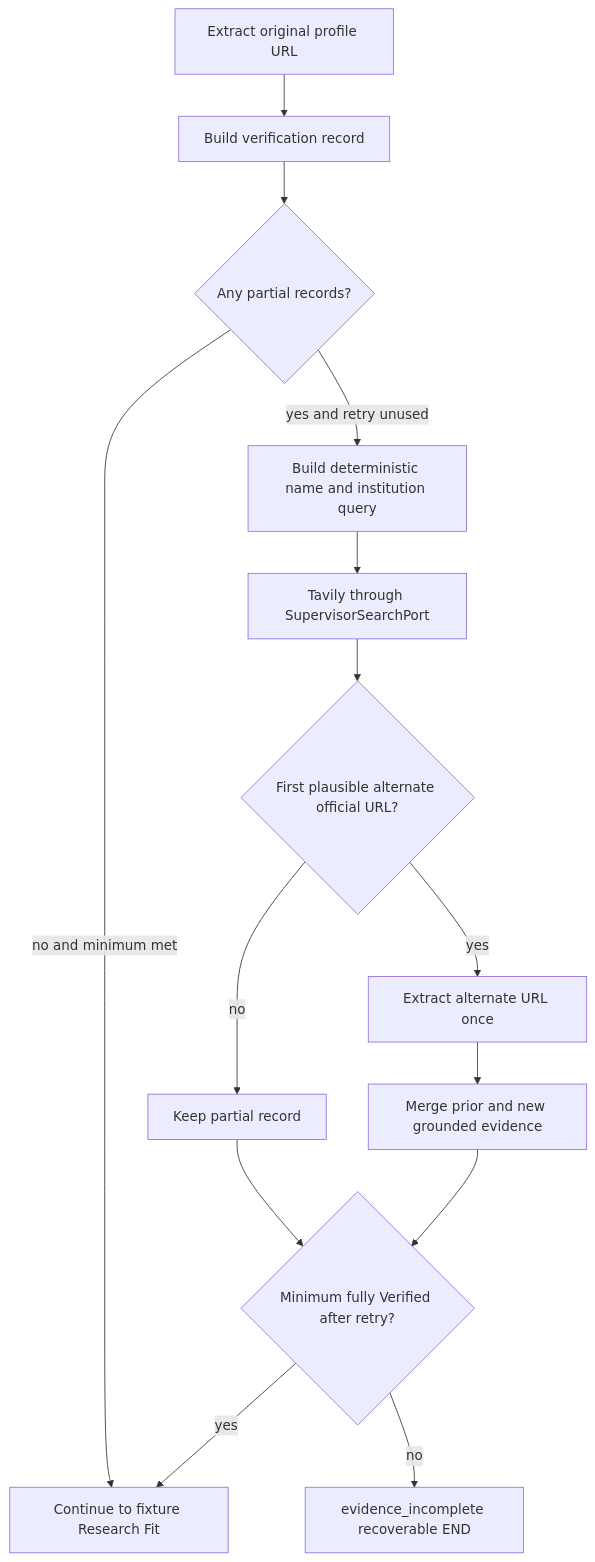
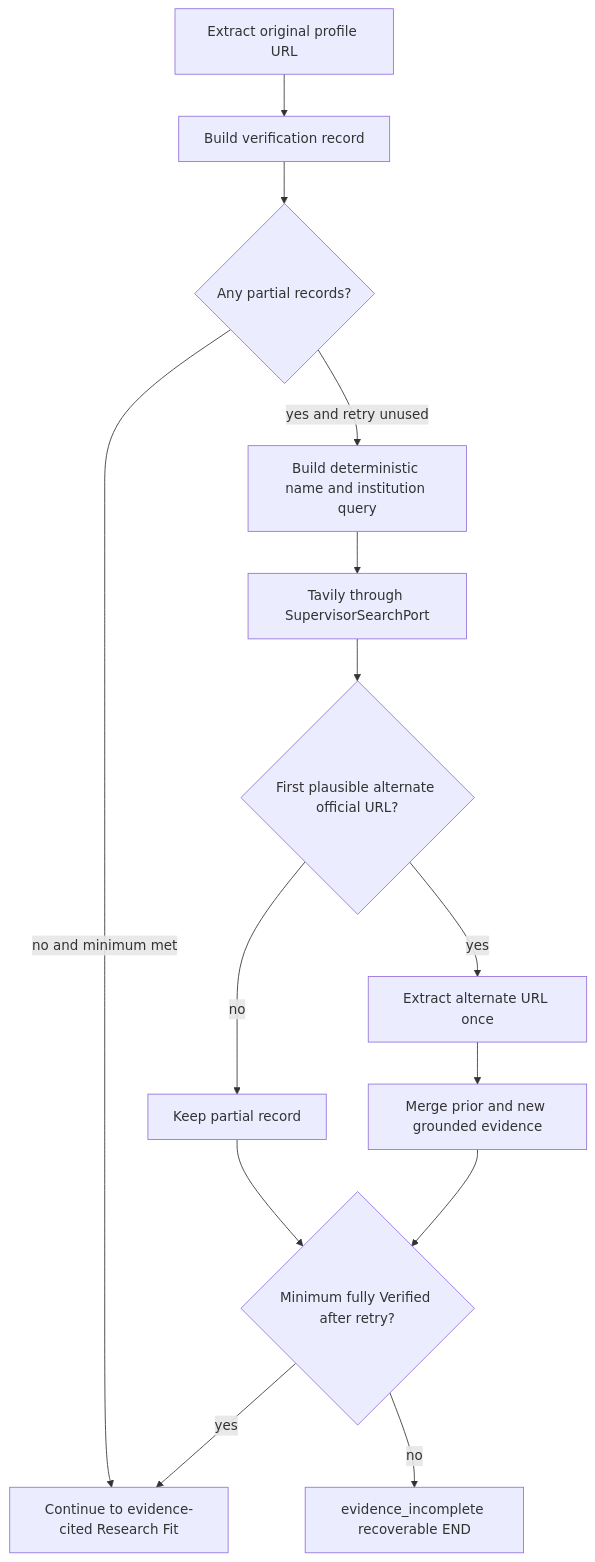
Before and after one commit to shanly-rajan/ai-builder: the tenth of 15 diagrams in projects/scholar-path/docs/architecture.md, drawn with Mermaid. The commit also changed other lines of this file and 43 other files, not shown here.

Commit message:
feat: add Research Fit evaluation and shortlist synthesis

````diff
--- a/projects/scholar-path/docs/architecture.md
+++ b/projects/scholar-path/docs/architecture.md
@@ -277,16 +342,16 @@
 ```mermaid
 flowchart TD
     Primary[Extract original profile URL] --> Record[Build verification record]
     Record --> Partial{Any partial records?}
-    Partial -->|no and minimum met| Fit[Continue to fixture Research Fit]
+    Partial -->|no and minimum met| Fit[Continue to evidence-cited Research Fit]
     Partial -->|yes and retry unused| Query[Build deterministic name and institution query]
     Query --> Search[Tavily through SupervisorSearchPort]
     Search --> Select{First plausible alternate official URL?}
     Select -->|no| Keep[Keep partial record]
     Select -->|yes| Extract[Extract alternate URL once]
     Extract --> Merge[Merge prior and new grounded evidence]
     Keep --> Gate{Minimum fully Verified after retry?}
     Merge --> Gate
     Gate -->|yes| Fit
     Gate -->|no| End[evidence_incomplete recoverable END]
 ```
````
